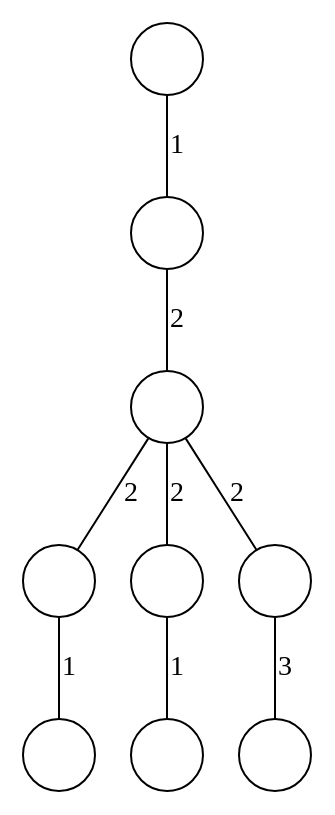
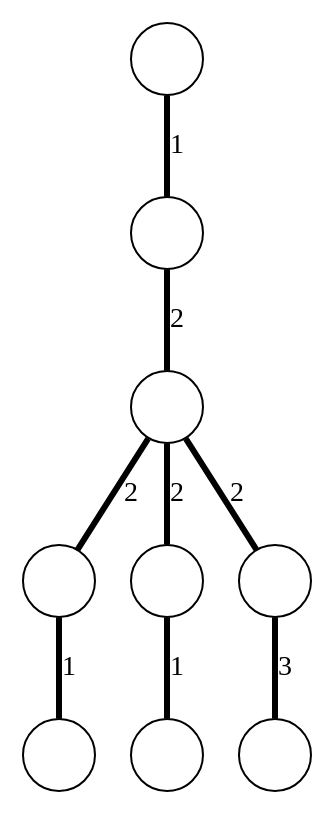
Before and after one commit to sgolodetz/thesis: the diagram in segmentation/graphs/comparison/input.gv, drawn with Graphviz. The commit also changed 7 other files, not shown here.

Commit message:
Finished making the waterfall diagrams clearer (for now).

```diff
--- a/segmentation/graphs/comparison/input.gv
+++ b/segmentation/graphs/comparison/input.gv
@@ -1,14 +1,14 @@
 digraph
 {
 	node [shape=circle, label=""];
-	edge [dir=both, color=black, arrowtail=none, arrowhead=none];
+	edge [dir=both, color=black, arrowtail=none, arrowhead=none, penwidth=3];
 
 	n00 -> n10 [label=1];
 	n10 -> n20 [label=2];
 	n20 -> n30 [label=2];
 	n20 -> n31 [label=2];
 	n20 -> n32 [label=2];
 	n30 -> n40 [label=1];
 	n31 -> n41 [label=1];
 	n32 -> n42 [label=3];
 }
```
